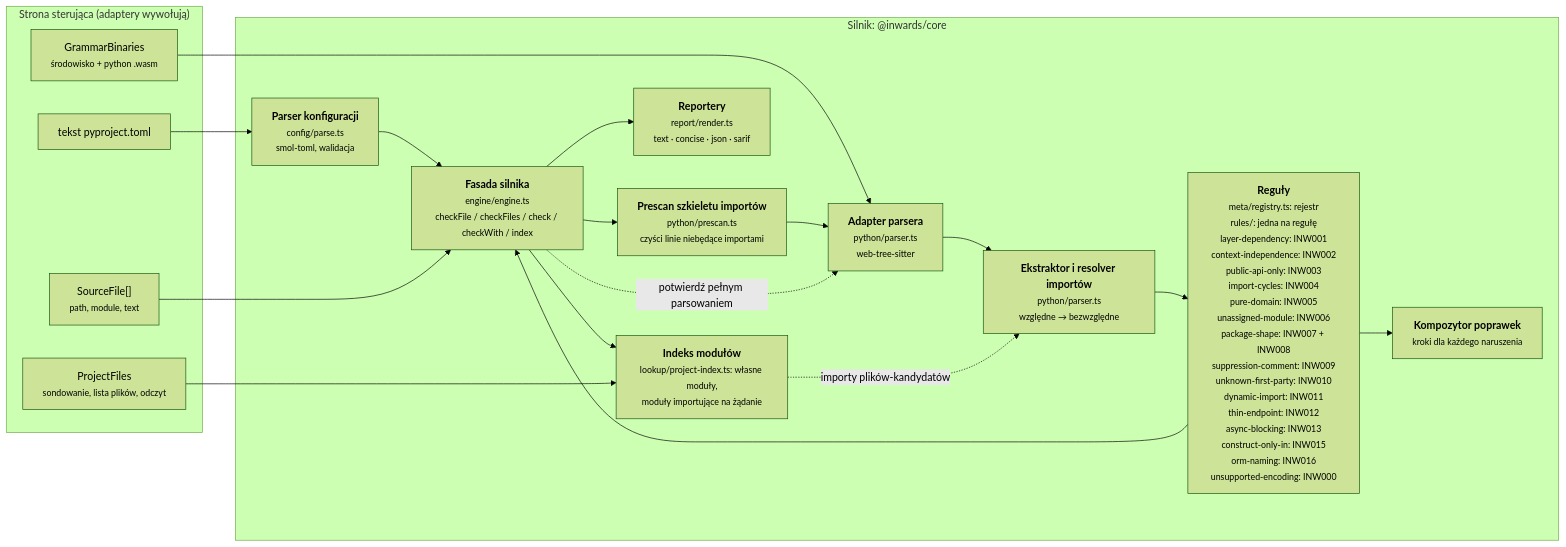
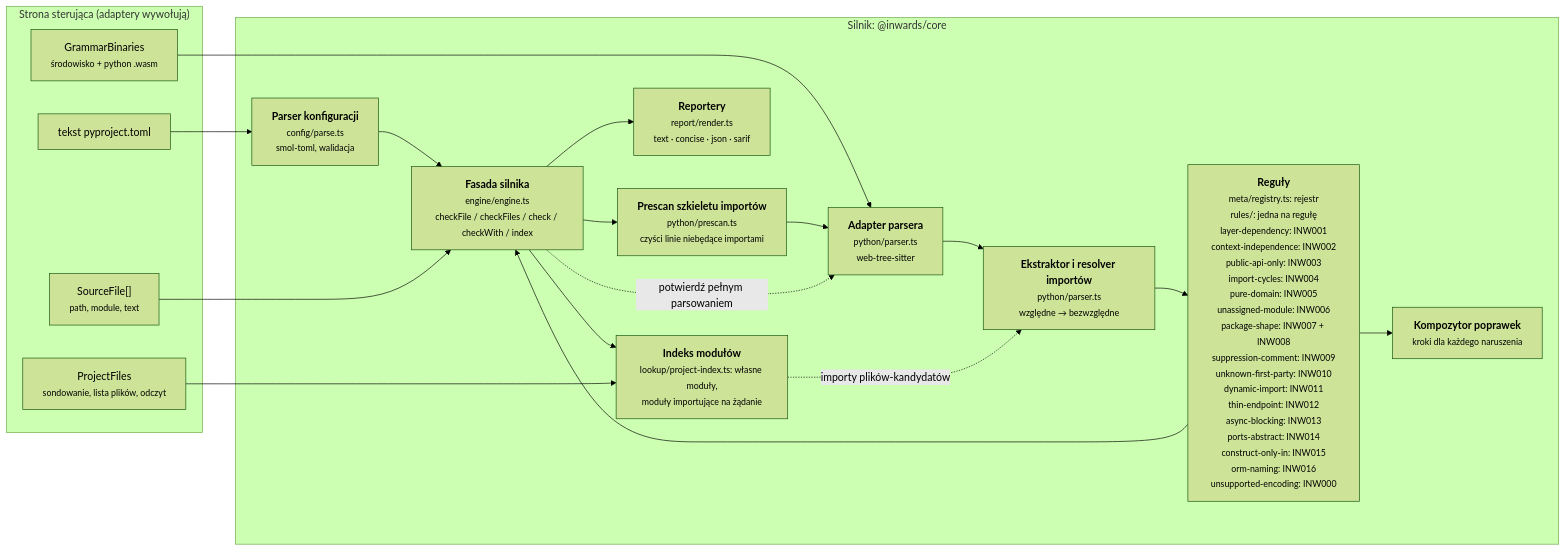
The third of 6 diagrams in docs/pl/03-Architecture-C4.md (SirCypkowskyy/inwards), drawn with Mermaid (forest theme) before and after one commit. The commit also changed other lines of this file and 30 other files, not shown here.

````diff
--- a/docs/pl/03-Architecture-C4.md
+++ b/docs/pl/03-Architecture-C4.md
@@ -110,33 +110,33 @@
 ```mermaid
 flowchart LR
     subgraph driving["Strona sterująca (adaptery wywołują)"]
         files["SourceFile[]<br/><small>path, module, text</small>"]
         cfgtext["tekst pyproject.toml"]
         wasm["GrammarBinaries<br/><small>środowisko + python .wasm</small>"]
         pfiles["ProjectFiles<br/><small>sondowanie, lista plików, odczyt</small>"]
     end
 
     subgraph enginebox["Silnik: @inwards/core"]
         config["<b>Parser konfiguracji</b><br/><small>config/parse.ts<br/>smol-toml, walidacja</small>"]
         pre["<b>Prescan szkieletu importów</b><br/><small>python/prescan.ts<br/>czyści linie niebędące importami</small>"]
         parser["<b>Adapter parsera</b><br/><small>python/parser.ts<br/>web-tree-sitter</small>"]
         extract["<b>Ekstraktor i resolver importów</b><br/><small>python/parser.ts<br/>względne → bezwzględne</small>"]
-        rules["<b>Reguły</b><br/><small>meta/registry.ts: rejestr<br/>rules/: jedna na regułę<br/>layer-dependency: INW001<br/>context-independence: INW002<br/>public-api-only: INW003<br/>import-cycles: INW004<br/>pure-domain: INW005<br/>unassigned-module: INW006<br/>package-shape: INW007 + INW008<br/>suppression-comment: INW009<br/>unknown-first-party: INW010<br/>dynamic-import: INW011<br/>thin-endpoint: INW012<br/>async-blocking: INW013<br/>construct-only-in: INW015<br/>orm-naming: INW016<br/>unsupported-encoding: INW000</small>"]
+        rules["<b>Reguły</b><br/><small>meta/registry.ts: rejestr<br/>rules/: jedna na regułę<br/>layer-dependency: INW001<br/>context-independence: INW002<br/>public-api-only: INW003<br/>import-cycles: INW004<br/>pure-domain: INW005<br/>unassigned-module: INW006<br/>package-shape: INW007 + INW008<br/>suppression-comment: INW009<br/>unknown-first-party: INW010<br/>dynamic-import: INW011<br/>thin-endpoint: INW012<br/>async-blocking: INW013<br/>ports-abstract: INW014<br/>construct-only-in: INW015<br/>orm-naming: INW016<br/>unsupported-encoding: INW000</small>"]
         fix["<b>Kompozytor poprawek</b><br/><small>kroki dla każdego naruszenia</small>"]
         report["<b>Reportery</b><br/><small>report/render.ts<br/>text · concise · json · sarif</small>"]
         engine["<b>Fasada silnika</b><br/><small>engine/engine.ts<br/>checkFile / checkFiles / check / checkWith / index</small>"]
         modgraph["<b>Indeks modułów</b><br/><small>lookup/project-index.ts: własne moduły,<br/>moduły importujące na żądanie</small>"]
     end
 
     cfgtext --> config --> engine
     wasm --> parser
     files --> engine
     engine --> pre --> parser --> extract --> rules
     rules --> fix
     rules --> engine
     engine -. "potwierdź pełnym parsowaniem" .-> parser
     engine --> modgraph
     pfiles --> modgraph
     modgraph -. "importy plików-kandydatów" .-> extract
     engine --> report
 ```
````
